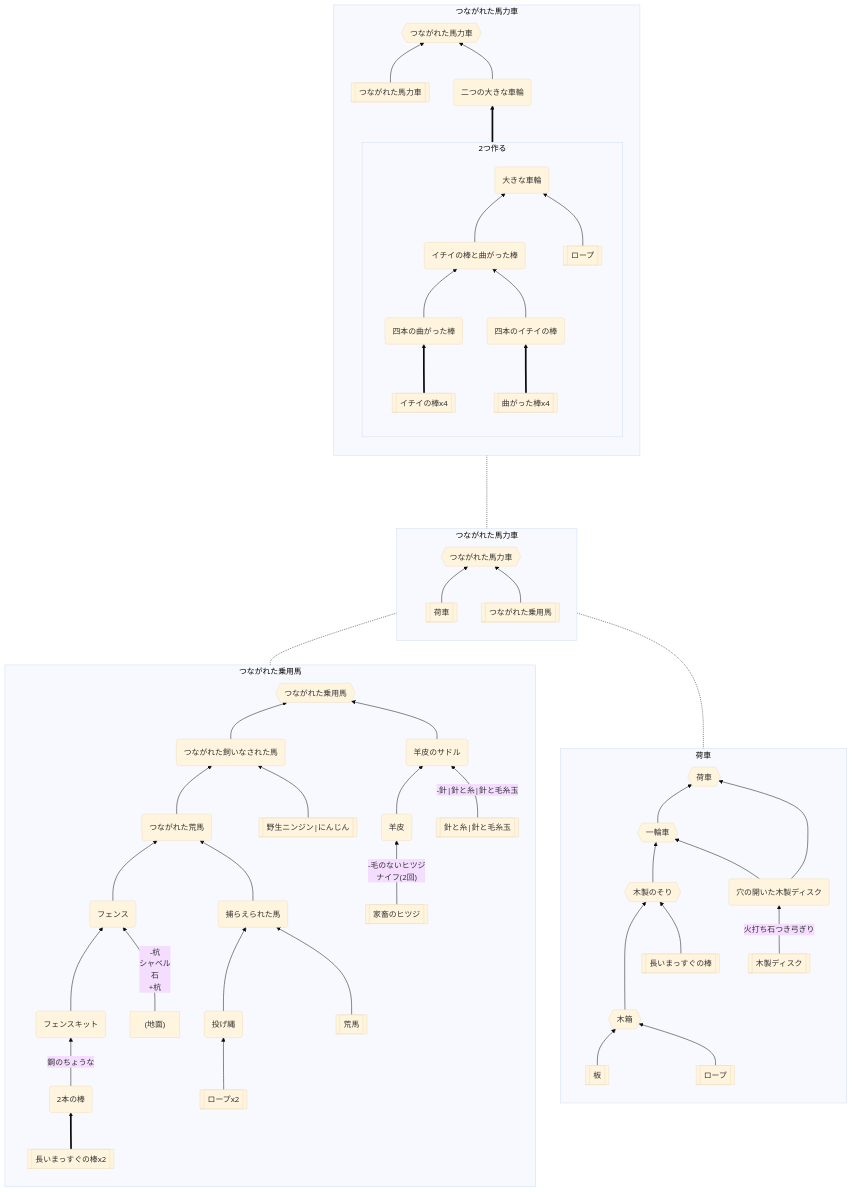
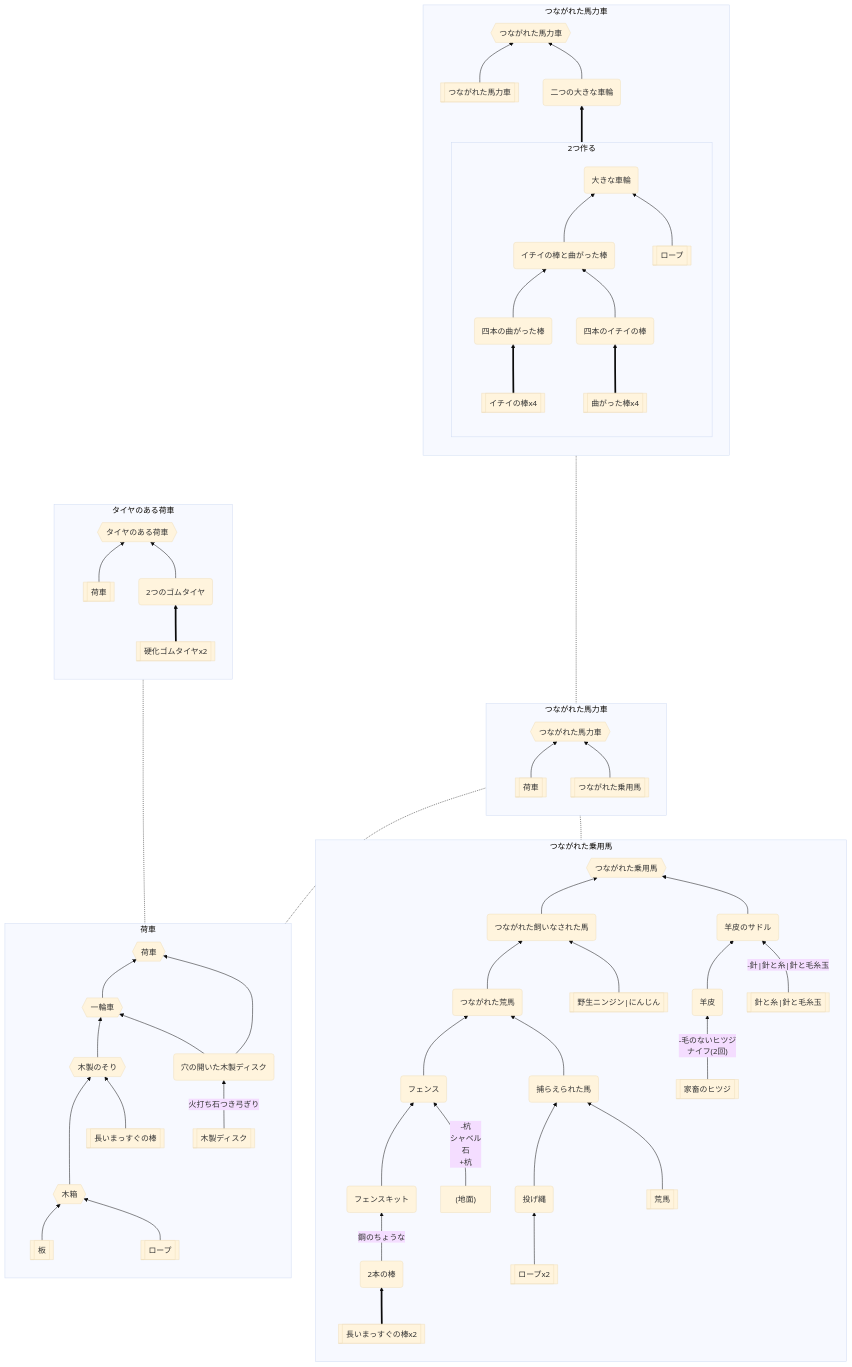
The diagram in 2.23.0/Horse-drawn-cart.md (aya-0p/yah-craft-recipe), drawn with Mermaid (base theme) before and after one commit. The commit also changed other lines of this file, not shown here.

```diff
--- a/2.23.0/Horse-drawn-cart.md
+++ b/2.23.0/Horse-drawn-cart.md
@@ -47,6 +47,16 @@
 bbc --> bbe
 end
 
+subgraph f [タイヤのある荷車]
+direction BT
+faa[[荷車]]
+fab[[硬化ゴムタイヤx2]]
+fab ==> fba(2つのゴムタイヤ)
+faa --> fbb{{タイヤのある荷車}}
+fba --> fbb
+end
+b -..- faa
+
 subgraph c [つながれた馬力車]
 direction BT
 caa[[荷車]]
```
